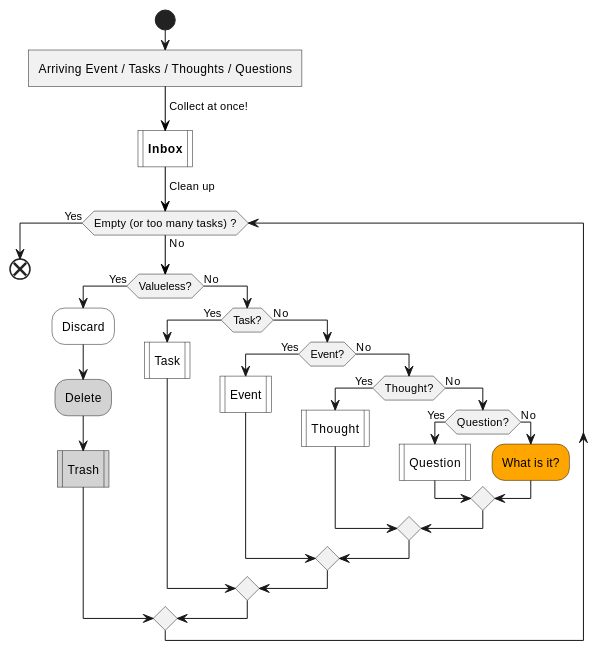
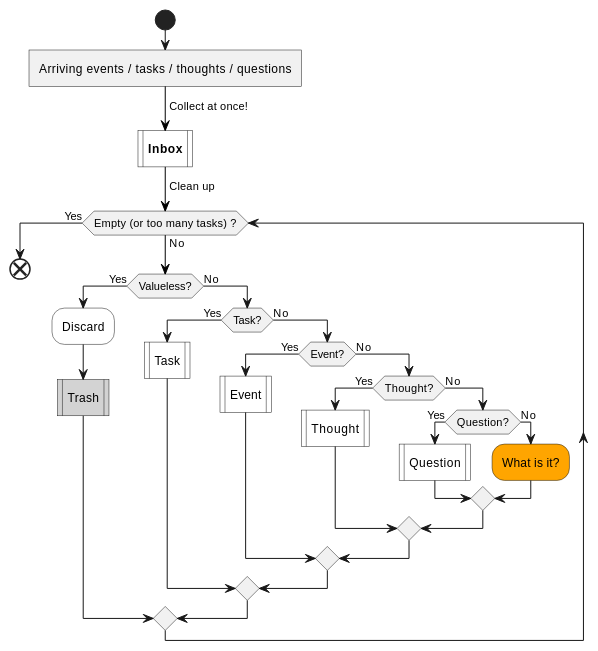
The first of 4 diagrams in lifelogs/rehabilitation.md (IceHe/icehe-lib), drawn with PlantUML before and after one commit. The commit also changed other lines of this file, not shown here.

````diff
--- a/lifelogs/rehabilitation.md
+++ b/lifelogs/rehabilitation.md
@@ -186,35 +186,34 @@
 ```plantuml
 @startuml
 start
-:Arriving Event / Tasks / Thoughts / Questions]
+:Arriving events / tasks / thoughts / questions]
 -[#black]-> Collect at once!;
 #white:**Inbox**|
 -[#black]-> Clean up;
 while (Empty (or too many tasks) ?) is (No)
     if (Valueless?) then (Yes)
         #white:Discard;
-        #lightGray:Delete;
         #lightGray:Trash|
     else (No)
         if (Task?) then (Yes)
             #white:Task|
         else (No)
             if (Event?) then (Yes)
                 #white:Event|
             else (No)
                 if (Thought?) then (Yes)
                     #white:Thought|
                 else (No)
                     if (Question?) then (Yes)
                         #white:Question|
                     else (No)
                         #orange:What is it?;
                     endif
                 endif
             endif
         endif
     endif
 endwhile (Yes)
 end
 @enduml
 ```
````
